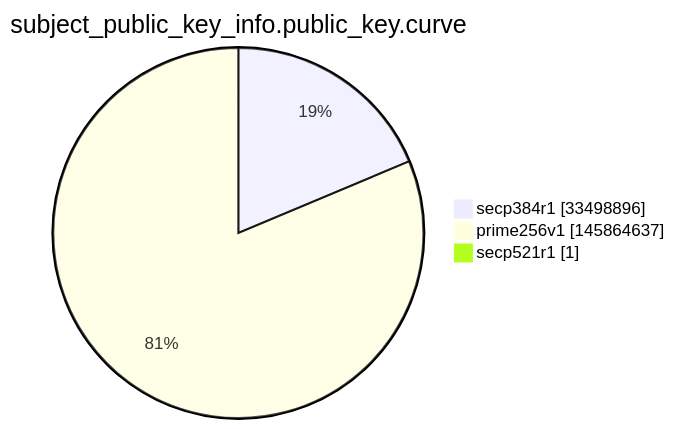
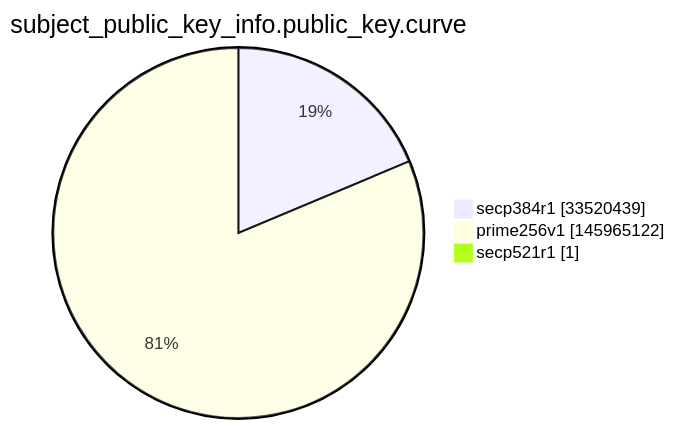
Before and after one commit to christiankrug/ctmonitor_visualization: the ninth of 15 diagrams in argon2022/README.md, drawn with Mermaid. The commit also changed other lines of this file, not shown here.

````diff
--- a/argon2022/README.md
+++ b/argon2022/README.md
@@ -2764,7 +2764,7 @@
 ```mermaid
 pie showData
 title subject_public_key_info.public_key.curve
-"secp384r1" :33498896
-"prime256v1" :145864637
+"secp384r1" :33520439
+"prime256v1" :145965122
 "secp521r1" :1
 ```
````
